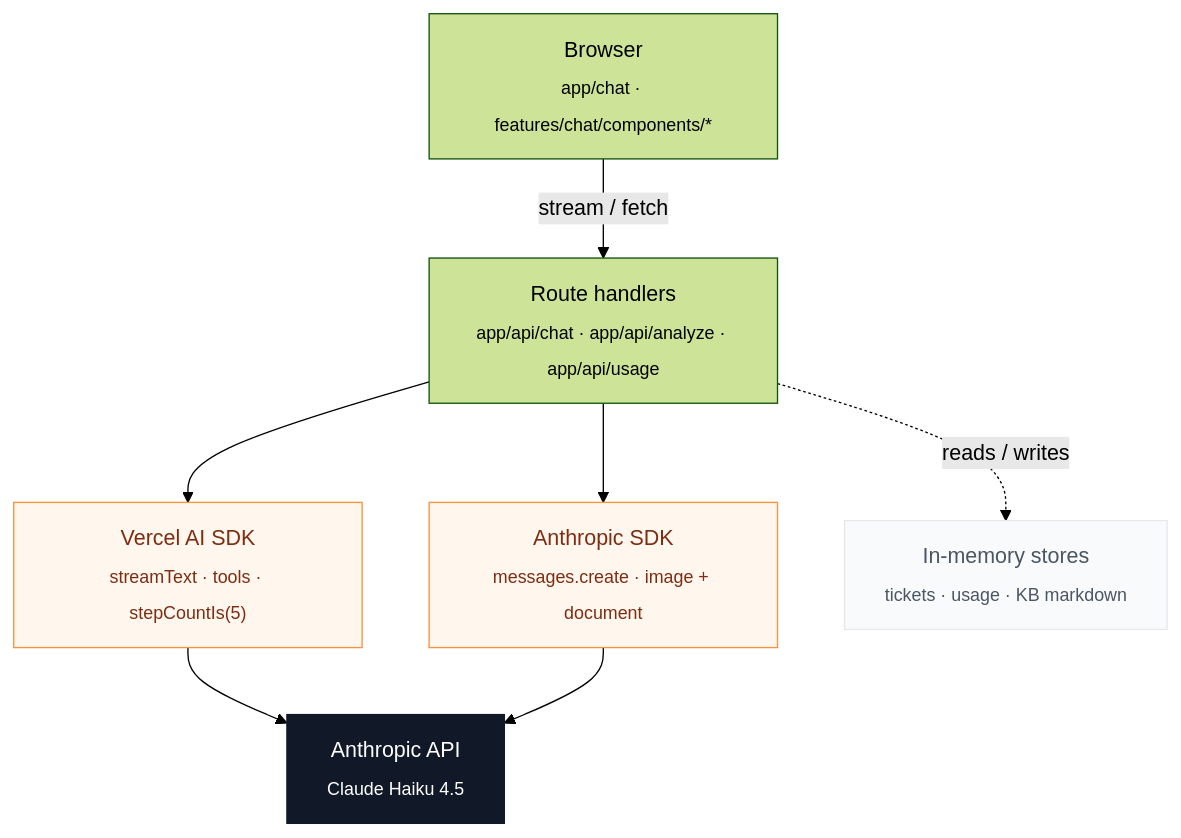
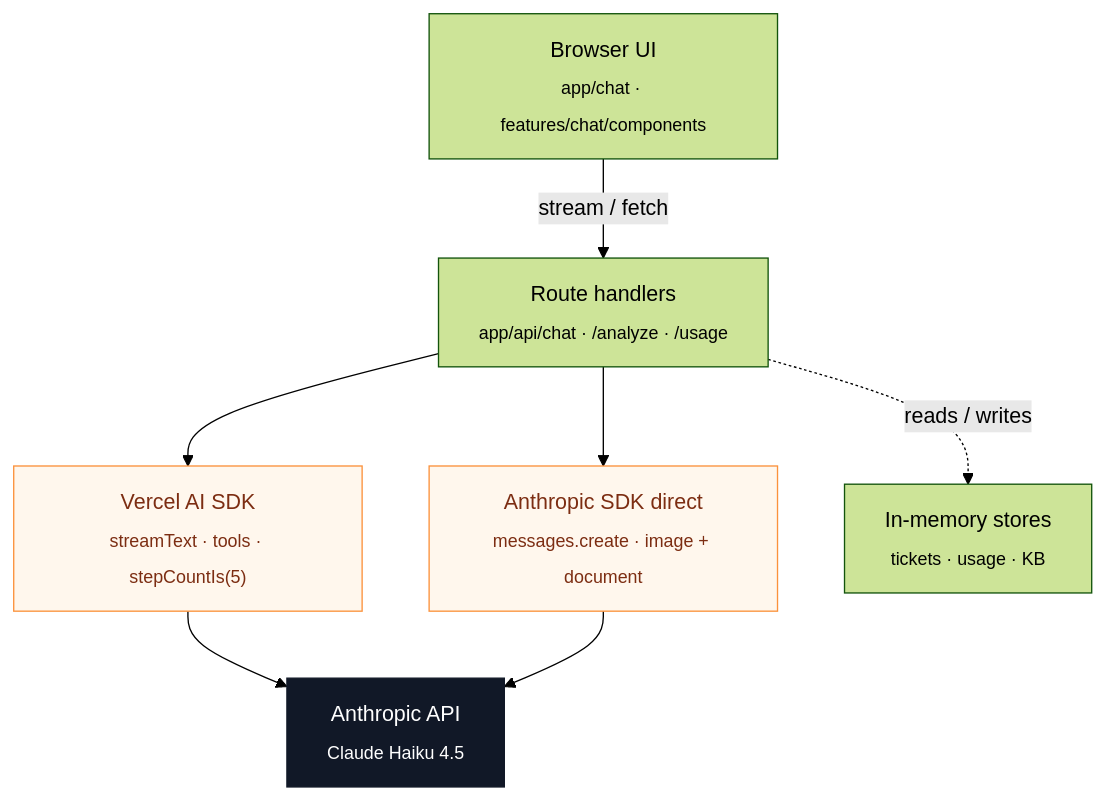
Before and after one commit to drembyte/ai-support-agent-v1: the diagram in README.md, drawn with Mermaid (forest theme). The commit also changed other lines of this file, not shown here.

````diff
--- a/README.md
+++ b/README.md
@@ -42,23 +40,21 @@
 ```mermaid
 flowchart TD
-    Browser["Browser<br/><sub>app/chat · features/chat/components/*</sub>"]
-    Routes["Route handlers<br/><sub>app/api/chat · app/api/analyze · app/api/usage</sub>"]
+    Browser["Browser UI<br/><sub>app/chat · features/chat/components</sub>"]
+    Routes["Route handlers<br/><sub>app/api/chat · /analyze · /usage</sub>"]
     Vercel["Vercel AI SDK<br/><sub>streamText · tools · stepCountIs(5)</sub>"]
-    Anthropic["Anthropic SDK<br/><sub>messages.create · image + document</sub>"]
+    Anthropic["Anthropic SDK direct<br/><sub>messages.create · image + document</sub>"]
     API["Anthropic API<br/><sub>Claude Haiku 4.5</sub>"]
-    Stores["In-memory stores<br/><sub>tickets · usage · KB markdown</sub>"]
+    Stores["In-memory stores<br/><sub>tickets · usage · KB</sub>"]
 
     Browser -->|stream / fetch| Routes
     Routes --> Vercel
     Routes --> Anthropic
     Vercel --> API
     Anthropic --> API
     Routes -.reads / writes.-> Stores
 
     classDef accent fill:#fff7ed,stroke:#fb923c,color:#7c2d12;
     classDef strong fill:#111827,stroke:#111827,color:#ffffff;
-    classDef muted  fill:#f9fafb,stroke:#e5e7eb,color:#4b5563;
     class Vercel,Anthropic accent;
     class API strong;
-    class Stores muted;
 ```
````
